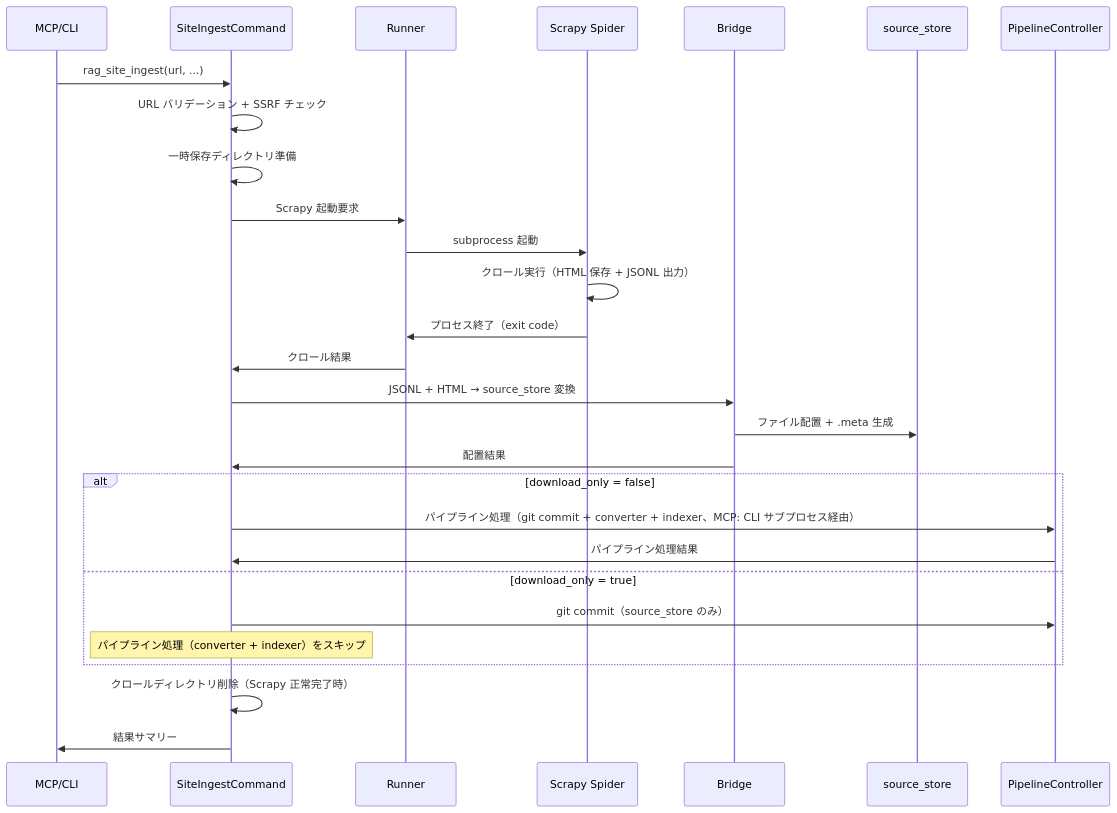
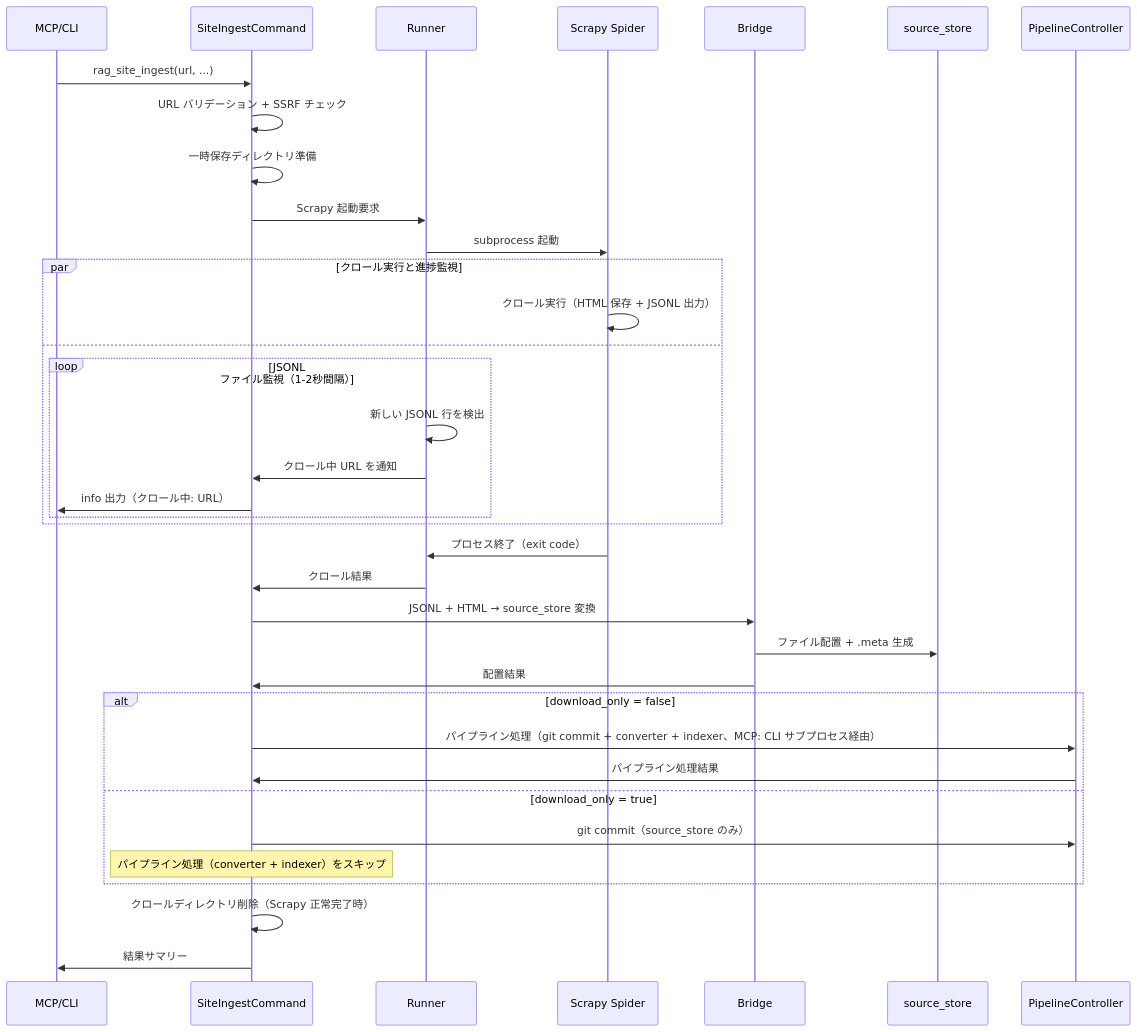
One commit to becky3/rag-knowledge changed the second of 2 diagrams in docs/specs/site-ingest.md. Above: the diagram before and after it, drawn with Mermaid. The commit also changed other lines of this file and 3 other files, not shown here.

````diff
--- a/docs/specs/site-ingest.md
+++ b/docs/specs/site-ingest.md
@@ -392,31 +417,39 @@
 ```mermaid
 sequenceDiagram
     participant USER as MCP/CLI
     participant CMD as SiteIngestCommand
     participant RUNNER as Runner
     participant SPIDER as Scrapy Spider
     participant BRIDGE as Bridge
     participant SS as source_store
     participant PC as PipelineController
 
     USER->>CMD: rag_site_ingest(url, ...)
     CMD->>CMD: URL バリデーション + SSRF チェック
     CMD->>CMD: 一時保存ディレクトリ準備
     CMD->>RUNNER: Scrapy 起動要求
     RUNNER->>SPIDER: subprocess 起動
-    SPIDER->>SPIDER: クロール実行（HTML 保存 + JSONL 出力）
+    par クロール実行と進捗監視
+        SPIDER->>SPIDER: クロール実行（HTML 保存 + JSONL 出力）
+    and
+        loop JSONL ファイル監視（1-2秒間隔）
+            RUNNER->>RUNNER: 新しい JSONL 行を検出
+            RUNNER->>CMD: クロール中 URL を通知
+            CMD->>USER: info 出力（クロール中: URL）
+        end
+    end
     SPIDER->>RUNNER: プロセス終了（exit code）
     RUNNER->>CMD: クロール結果
     CMD->>BRIDGE: JSONL + HTML → source_store 変換
     BRIDGE->>SS: ファイル配置 + .meta 生成
     BRIDGE->>CMD: 配置結果
     alt download_only = false
         CMD->>PC: パイプライン処理（git commit + converter + indexer、MCP: CLI サブプロセス経由）
         PC->>CMD: パイプライン処理結果
     else download_only = true
         CMD->>PC: git commit（source_store のみ）
         Note over CMD: パイプライン処理（converter + indexer）をスキップ
     end
     CMD->>CMD: クロールディレクトリ削除（Scrapy 正常完了時）
     CMD->>USER: 結果サマリー
 ```
````
